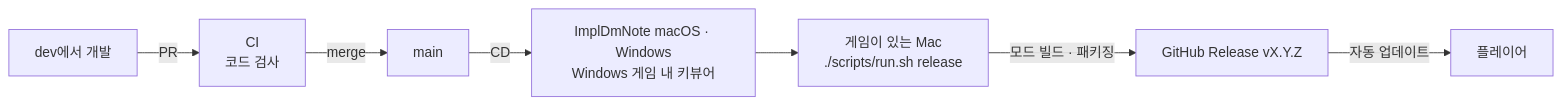
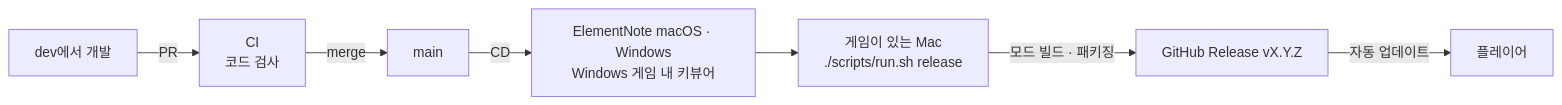
The diagram in docs/releasing.md (KGH1113/Element), drawn with Mermaid before and after one commit. The commit also changed other lines of this file and 1283 other files, not shown here.

````diff
--- a/docs/releasing.md
+++ b/docs/releasing.md
@@ -3,9 +3,9 @@
 ```mermaid
 flowchart LR
     dev["dev에서 개발"] -->|PR| ci["CI<br/>코드 검사"]
     ci -->|merge| main
-    main -->|CD| builds["ImplDmNote macOS · Windows<br/>Windows 게임 내 키뷰어"]
+    main -->|CD| builds["ElementNote macOS · Windows<br/>Windows 게임 내 키뷰어"]
     builds --> local["게임이 있는 Mac<br/>./scripts/run.sh release"]
     local -->|모드 빌드 · 패키징| gh["GitHub Release vX.Y.Z"]
     gh -->|자동 업데이트| players["플레이어"]
 ```
````
